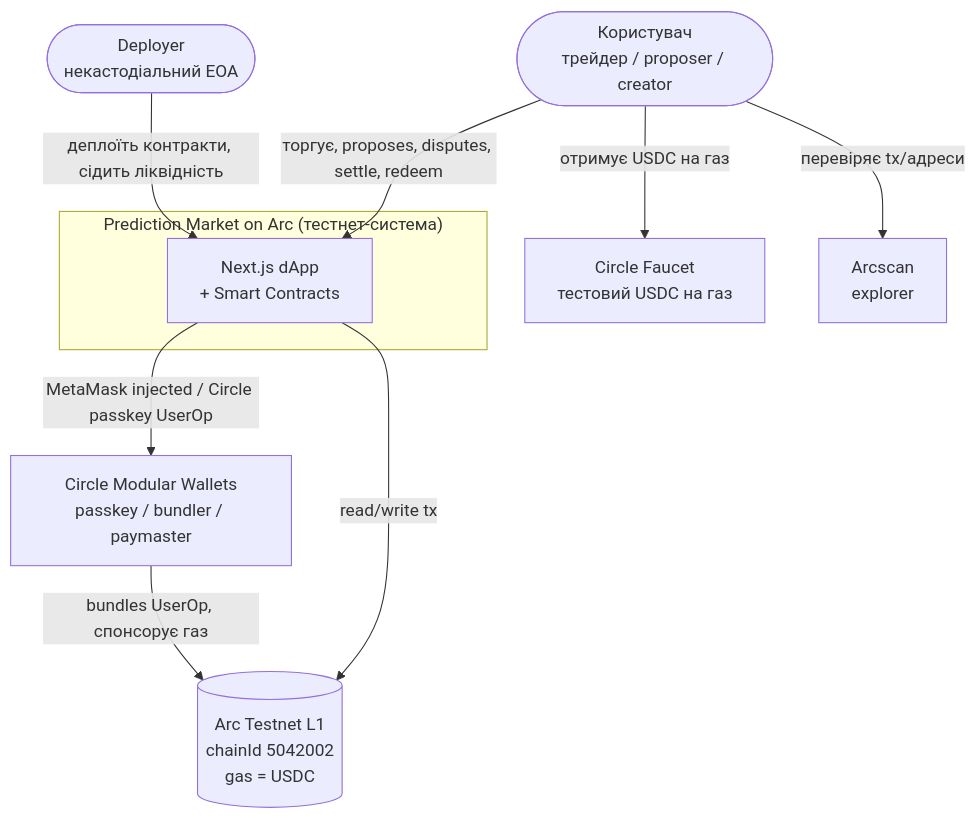
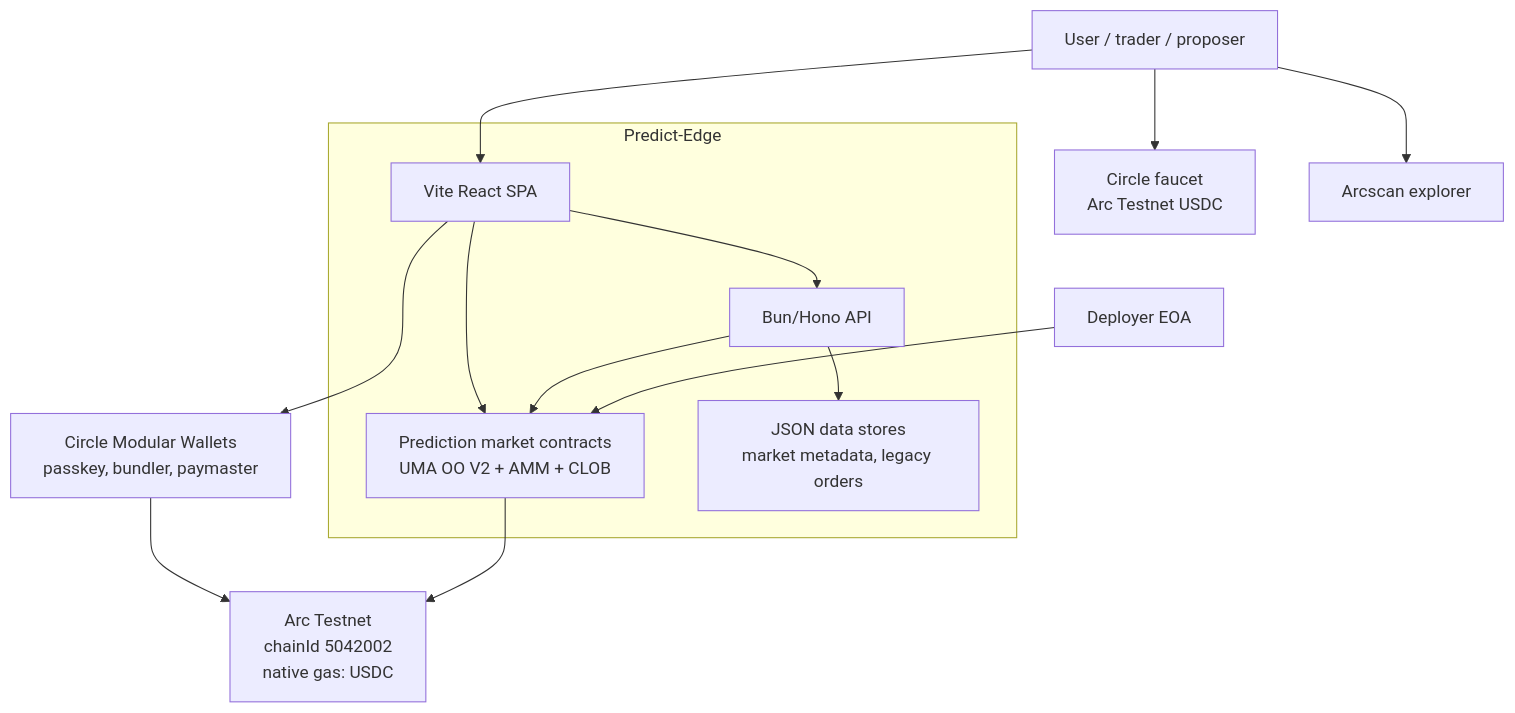
Before and after one commit to Kirashchuk/Predict-Edge: the first of 9 diagrams in docs/architecture-diagram.md, drawn with Mermaid. The commit also changed other lines of this file and 42 other files, not shown here.

First line of the commit message:
Add on-chain CLOB limit order book + deploy ETH-market CLOB

````diff
--- a/docs/architecture-diagram.md
+++ b/docs/architecture-diagram.md
@@ -13,22 +8,28 @@
 ```mermaid
 graph TB
-    User([Користувач<br/>трейдер / proposer / creator])
-    Deployer([Deployer<br/>некастодіальний EOA])
+    User["User / trader / proposer"]
+    Deployer["Deployer EOA"]
+    CircleFaucet["Circle faucet<br/>Arc Testnet USDC"]
+    CircleWallets["Circle Modular Wallets<br/>passkey, bundler, paymaster"]
+    Arc["Arc Testnet<br/>chainId 5042002<br/>native gas: USDC"]
+    Arcscan["Arcscan explorer"]
 
-    subgraph "Prediction Market on Arc (тестнет-система)"
-        APP[Next.js dApp<br/>+ Smart Contracts]
+    subgraph System["Predict-Edge"]
+        App["Vite React SPA"]
+        Api["Bun/Hono API"]
+        Contracts["Prediction market contracts<br/>UMA OO V2 + AMM + CLOB"]
+        Data["JSON data stores<br/>market metadata, legacy orders"]
     end
 
-    Circle[Circle Faucet<br/>тестовий USDC на газ]
-    CircleW[Circle Modular Wallets<br/>passkey / bundler / paymaster]
-    Arc[(Arc Testnet L1<br/>chainId 5042002<br/>gas = USDC)]
-    Arcscan[Arcscan<br/>explorer]
-
-    User -->|торгує, proposes, disputes, settle, redeem| APP
-    Deployer -->|деплоїть контракти, сідить ліквідність| APP
-    User -->|отримує USDC на газ| Circle
-    APP -->|MetaMask injected / Circle passkey UserOp| CircleW
-    APP -->|read/write tx| Arc
-    CircleW -->|bundles UserOp, спонсорує газ| Arc
-    User -->|перевіряє tx/адреси| Arcscan
+    User --> App
+    App --> Api
+    App --> Contracts
+    Api --> Contracts
+    Api --> Data
+    Deployer --> Contracts
+    User --> CircleFaucet
+    App --> CircleWallets
+    CircleWallets --> Arc
+    Contracts --> Arc
+    User --> Arcscan
 ```
````
